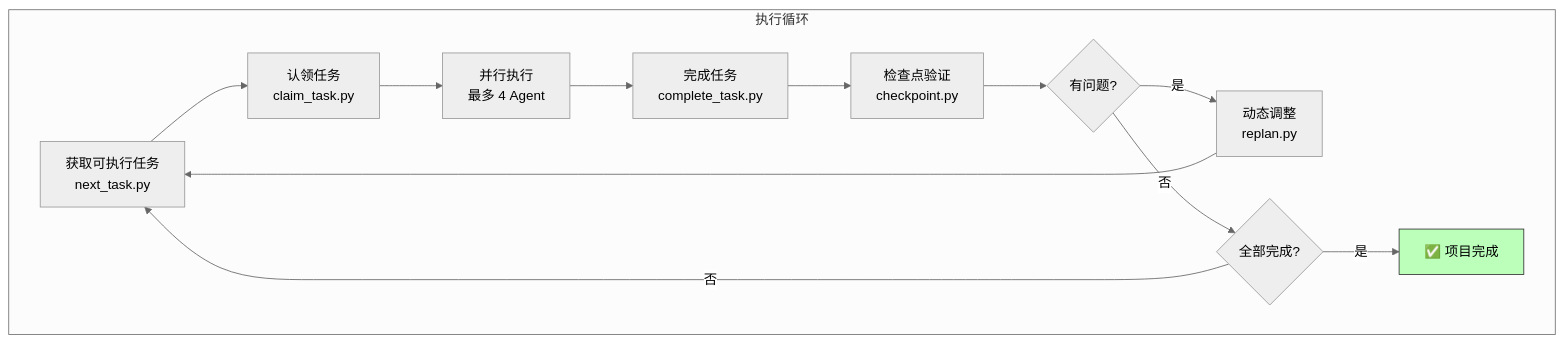
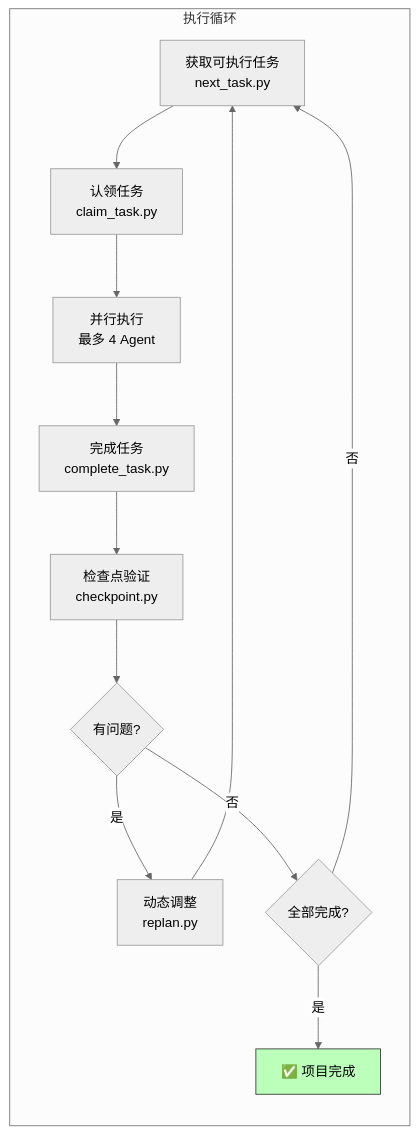
One commit to Coldplay-now/sddproskills changed the fifth of 6 diagrams in README.md. Above: the diagram before and after it, drawn with Mermaid (neutral theme). The commit also changed other lines of this file, not shown here.

````diff
--- a/README.md
+++ b/README.md
@@ -146,17 +197,17 @@
 ```mermaid
-flowchart TD
+flowchart LR
     subgraph 执行循环
         G[获取可执行任务<br/>next_task.py] --> H[认领任务<br/>claim_task.py]
         H --> I[并行执行<br/>最多 4 Agent]
         I --> J[完成任务<br/>complete_task.py]
         J --> K[检查点验证<br/>checkpoint.py]
         K --> L{有问题?}
         L -->|是| M[动态调整<br/>replan.py]
         M --> G
         L -->|否| N{全部完成?}
         N -->|否| G
         N -->|是| O[✅ 项目完成]
     end
     
     style O fill:#bfb,stroke:#333
 ```
````
